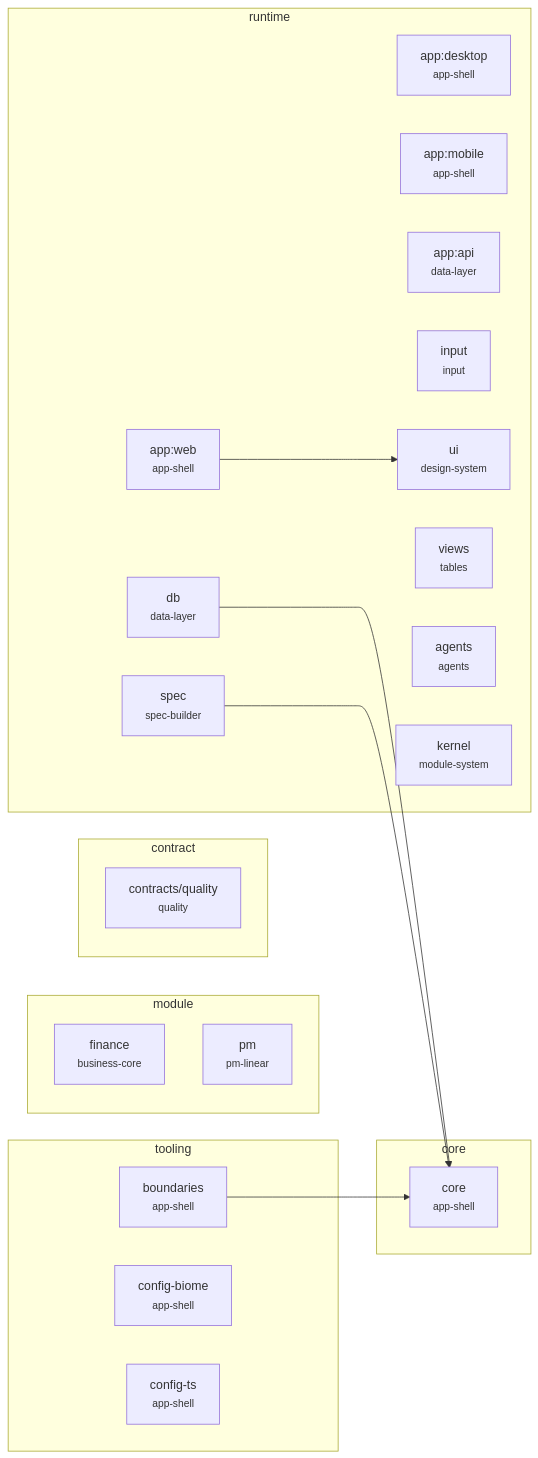
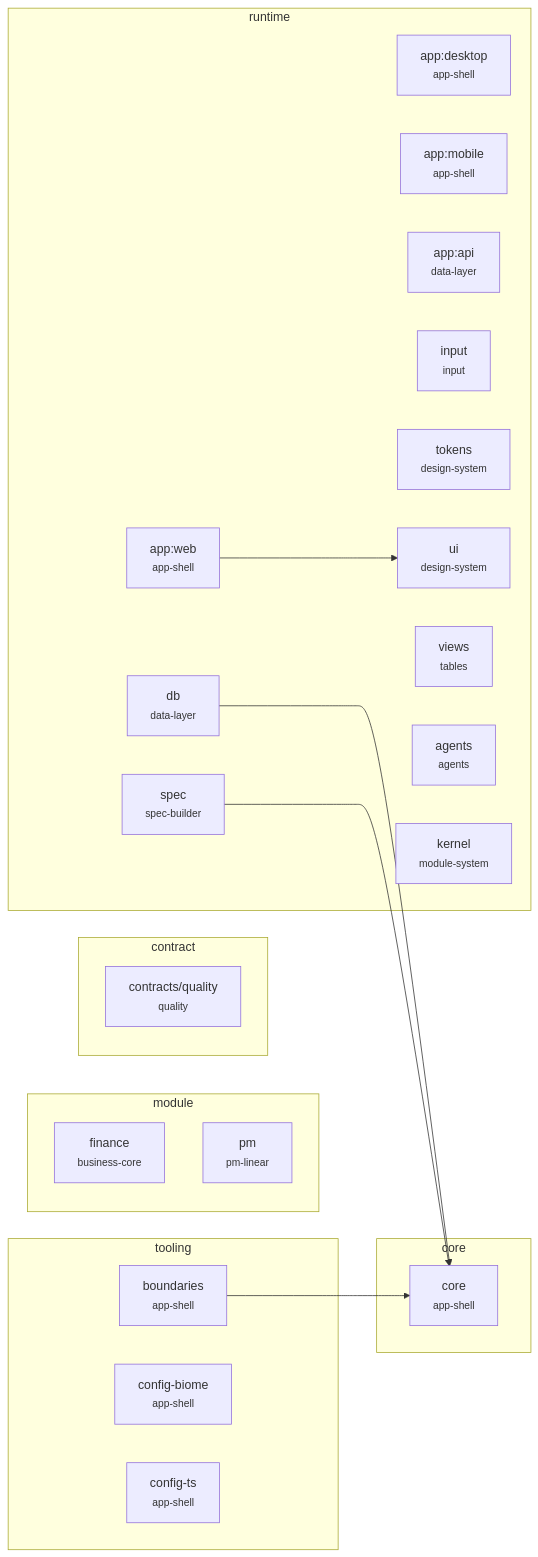
The first of 2 diagrams in docs/platform/dependency-map.md (imagine-os/empty-11), drawn with Mermaid before and after one commit. The commit also changed other lines of this file and 3 other files, not shown here.

First line of the commit message:
fix(PAP-305): declare packages/tokens/biome.json a nested config

````diff
--- a/docs/platform/dependency-map.md
+++ b/docs/platform/dependency-map.md
@@ -15,35 +15,36 @@
 ```mermaid
 flowchart LR
   subgraph core["core"]
     packages_core["core<br/><small>app-shell</small>"]
   end
   subgraph runtime["runtime"]
     apps_web["app:web<br/><small>app-shell</small>"]
     apps_desktop["app:desktop<br/><small>app-shell</small>"]
     apps_mobile["app:mobile<br/><small>app-shell</small>"]
     apps_api["app:api<br/><small>data-layer</small>"]
     packages_db["db<br/><small>data-layer</small>"]
     packages_input["input<br/><small>input</small>"]
     packages_spec["spec<br/><small>spec-builder</small>"]
+    packages_tokens["tokens<br/><small>design-system</small>"]
     packages_ui["ui<br/><small>design-system</small>"]
     packages_views["views<br/><small>tables</small>"]
     packages_agents["agents<br/><small>agents</small>"]
     packages_kernel["kernel<br/><small>module-system</small>"]
   end
   subgraph module["module"]
     packages_finance["finance<br/><small>business-core</small>"]
     packages_pm["pm<br/><small>pm-linear</small>"]
   end
   subgraph contract["contract"]
     packages_contracts_quality["contracts/quality<br/><small>quality</small>"]
   end
   subgraph tooling["tooling"]
     packages_boundaries["boundaries<br/><small>app-shell</small>"]
     packages_config_biome["config-biome<br/><small>app-shell</small>"]
     packages_config_ts["config-ts<br/><small>app-shell</small>"]
   end
   apps_web --> packages_ui
   packages_boundaries --> packages_core
   packages_db --> packages_core
   packages_spec --> packages_core
 ```
````
